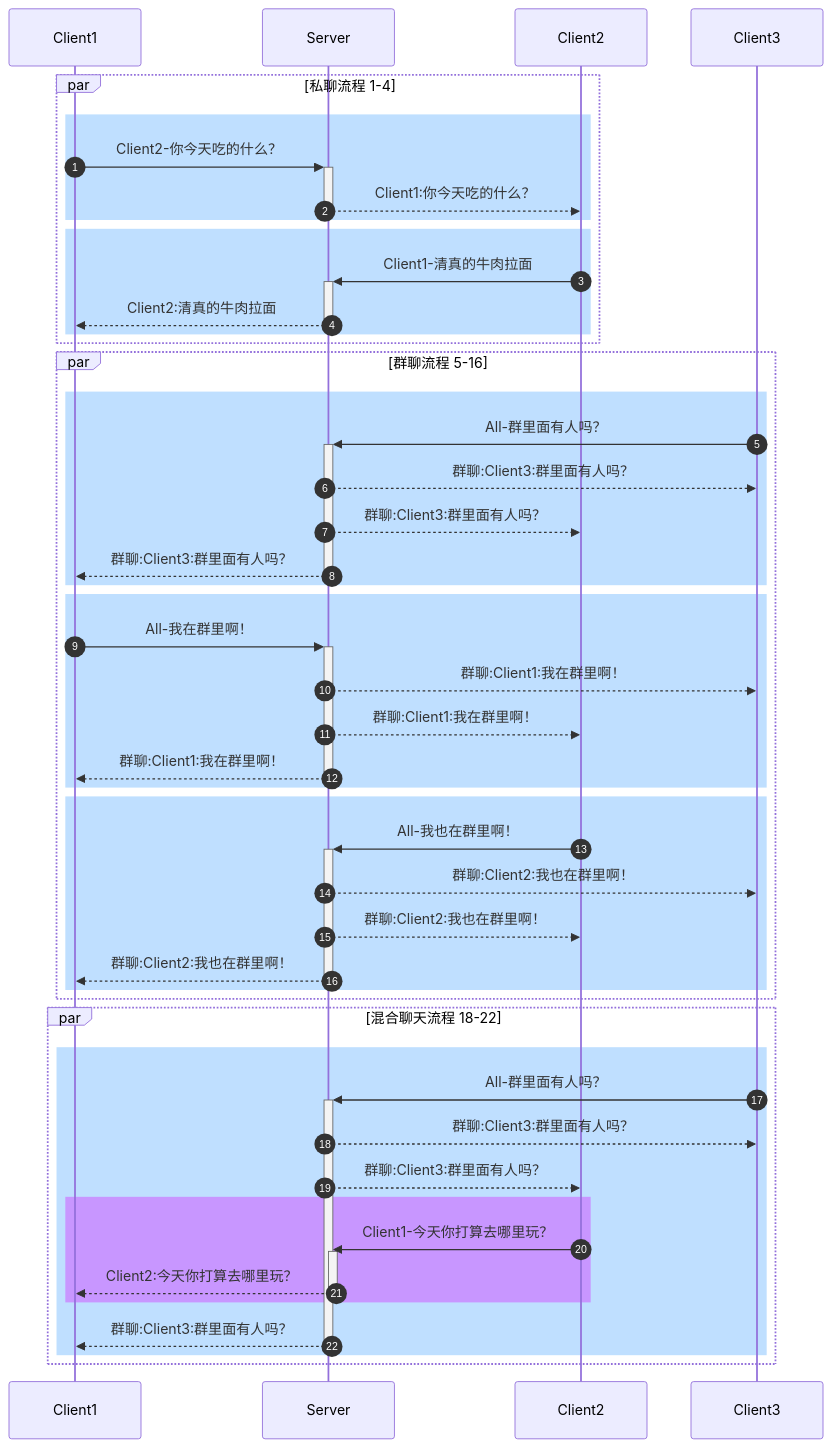
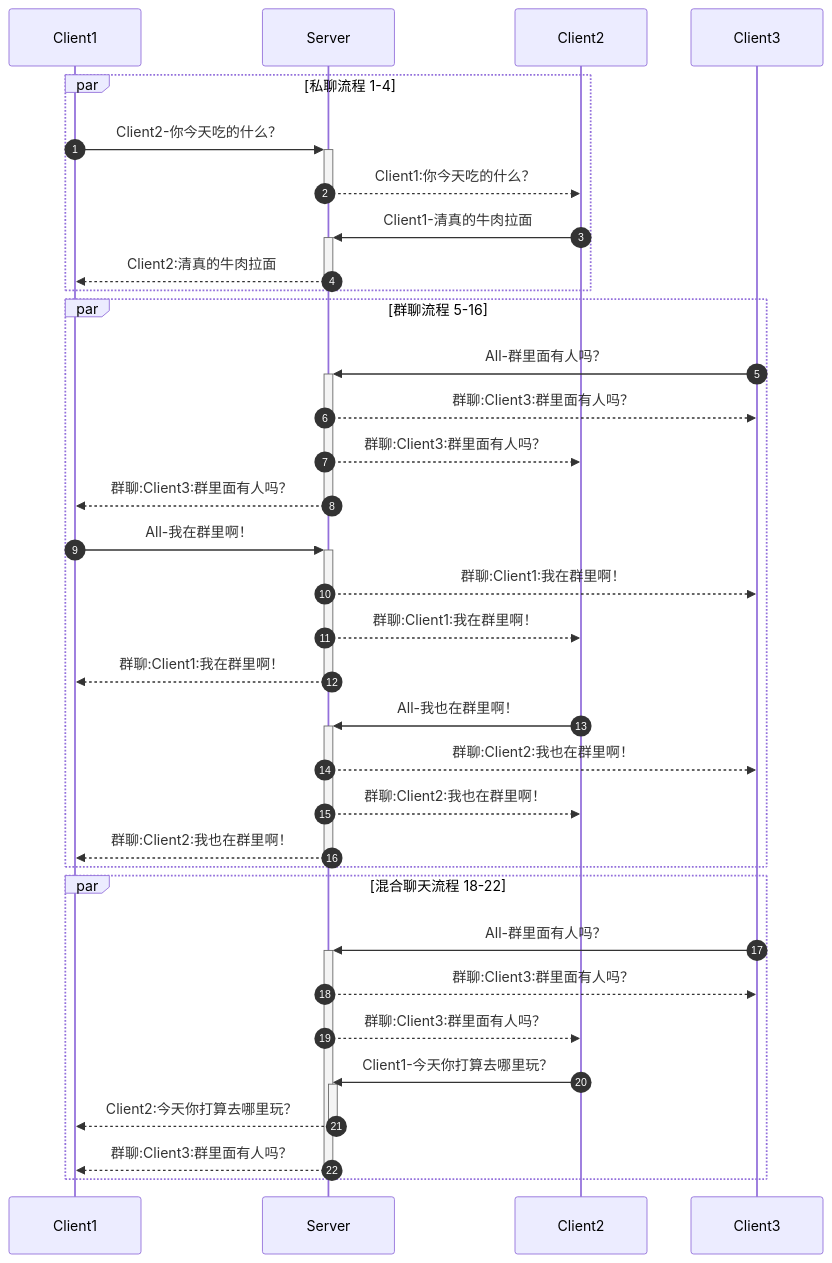
The fourth of 4 diagrams in MarkDown/Chat系统人员分工.md (RedCrazyGhost/Blog), drawn with Mermaid before and after one commit. The commit also changed other lines of this file, not shown here.

````diff
--- a/MarkDown/Chat系统人员分工.md
+++ b/MarkDown/Chat系统人员分工.md
@@ -56,48 +73,34 @@
 ```mermaid
 sequenceDiagram
   autonumber
   par 私聊流程 1-4 
-    rect rgb(191, 223, 255)
     Client1->>+Server:Client2-你今天吃的什么？
     Server-->>-Client2:Client1:你今天吃的什么？
-    end
-    rect rgb(191, 223, 255)
     Client2->>+Server:Client1-清真的牛肉拉面
     Server-->>-Client1:Client2:清真的牛肉拉面
-    end
   end
   
   par 群聊流程 5-16
-    rect rgb(191, 223, 255)
     Client3->>+Server:All-群里面有人吗？
     Server-->>Client3:群聊:Client3:群里面有人吗？
     Server-->>Client2:群聊:Client3:群里面有人吗？
     Server-->>-Client1:群聊:Client3:群里面有人吗？
-    end
-    rect rgb(191, 223, 255)
     Client1->>+Server:All-我在群里啊！
     Server-->>Client3:群聊:Client1:我在群里啊！
     Server-->>Client2:群聊:Client1:我在群里啊！
     Server-->>-Client1:群聊:Client1:我在群里啊！
-    end
-    rect rgb(191, 223, 255)
     Client2->>+Server:All-我也在群里啊！
     Server-->>Client3:群聊:Client2:我也在群里啊！
     Server-->>Client2:群聊:Client2:我也在群里啊！
     Server-->>-Client1:群聊:Client2:我也在群里啊！
-    end
   end
 
   par 混合聊天流程 18-22
-    rect rgb(191, 223, 255)
     Client3->>+Server:All-群里面有人吗？
     Server-->>Client3:群聊:Client3:群里面有人吗？
     Server-->>Client2:群聊:Client3:群里面有人吗？
-    rect rgb(200, 150, 255)
     Client2->>+Server:Client1-今天你打算去哪里玩？
     Server-->>-Client1:Client2:今天你打算去哪里玩？
-    end
     Server-->>-Client1:群聊:Client3:群里面有人吗？
-    end
   end
 ```
````
